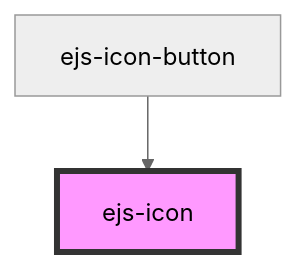
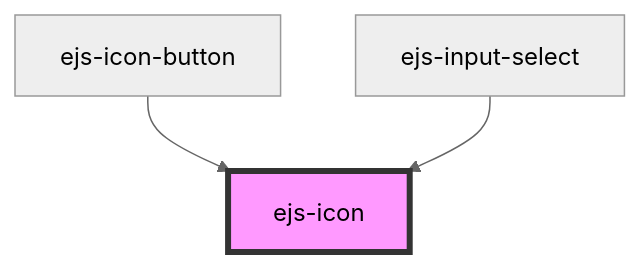
The diagram in src/components/ejs-icon/readme.md (ezeep/ezeep-js), drawn with Mermaid (neutral theme) before and after one commit. The commit also changed other lines of this file and 17 other files, not shown here.

Commit message:
Introduce input select component

````diff
--- a/src/components/ejs-icon/readme.md
+++ b/src/components/ejs-icon/readme.md
@@ -25,5 +26,6 @@
 ```mermaid
 graph TD;
   ejs-icon-button --> ejs-icon
+  ejs-input-select --> ejs-icon
   style ejs-icon fill:#f9f,stroke:#333,stroke-width:4px
 ```
````
